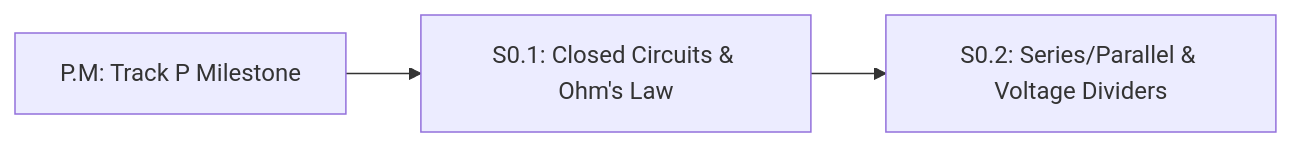
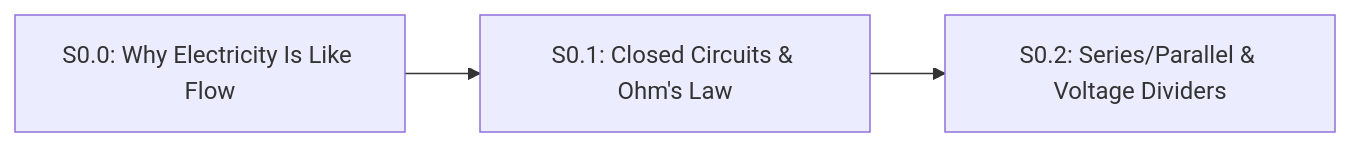
Before and after one commit to TLE47/Mechatronics-Roadmap: the diagram in stage-0/S0.1-closed-circuits-and-ohms-law.md, drawn with Mermaid. The commit also changed other lines of this file and 35 other files, not shown here.

````diff
--- a/stage-0/S0.1-closed-circuits-and-ohms-law.md
+++ b/stage-0/S0.1-closed-circuits-and-ohms-law.md
@@ -28,5 +29,5 @@
 ```mermaid
 flowchart LR
-    PM["P.M: Track P Milestone"] --> S01["S0.1: Closed Circuits & Ohm's Law"]
+    S00["S0.0: Why Electricity Is Like Flow"] --> S01["S0.1: Closed Circuits & Ohm's Law"]
     S01 --> S02["S0.2: Series/Parallel & Voltage Dividers"]
 ```
````
